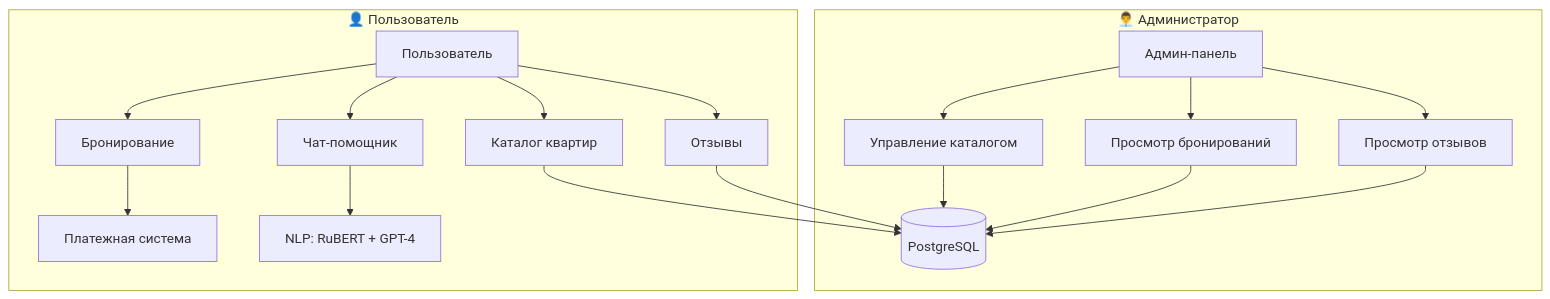
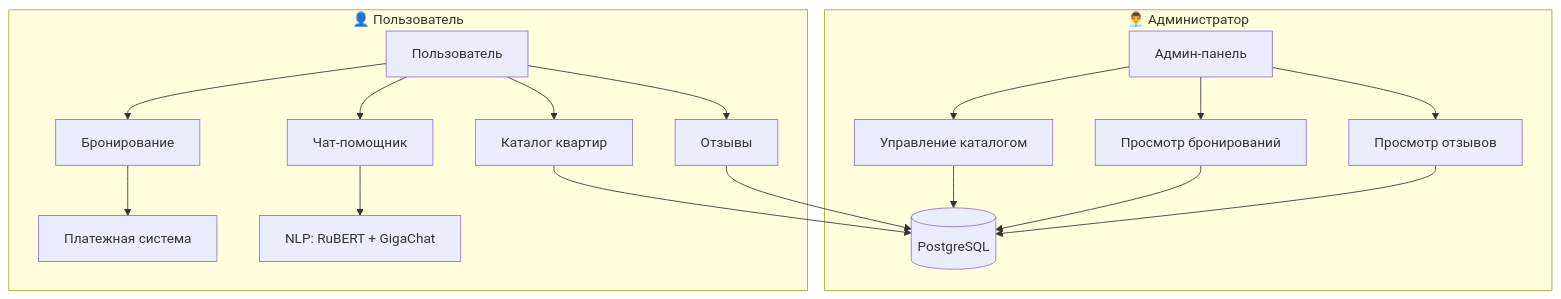
One commit to fetgrigory/RentalsApartment_bot changed the diagram in README.md. Above: the diagram before and after it, drawn with Mermaid.

````diff
--- a/README.md
+++ b/README.md
@@ -21,22 +21,22 @@
 ```mermaid
 graph TD
     subgraph "👨‍💼 Администратор"
         A[Админ-панель] --> B[Управление каталогом]
         A --> C[Просмотр бронирований]
         A --> D[Просмотр отзывов]
         B --> PostgreSQL[(PostgreSQL)]
         C --> PostgreSQL
         D --> PostgreSQL
     end
 
     subgraph "👤 Пользователь"
         U[Пользователь] --> E[Каталог квартир]
         U --> F[Бронирование]
         U --> G[Отзывы]
         U --> H[Чат-помощник]
         E --> PostgreSQL
         F --> Payment[Платежная система]
         G --> PostgreSQL
-        H --> NLP[NLP: RuBERT + GPT-4]
+        H --> NLP[NLP: RuBERT + GigaChat]
     end
 ```
````
